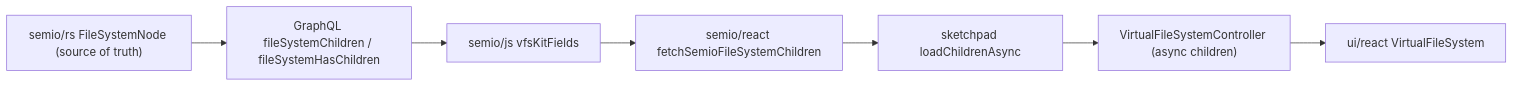
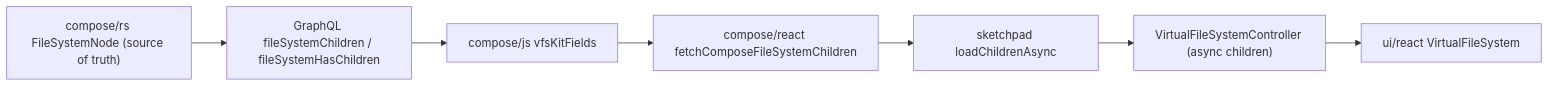
The diagram in .cursor/plans/full_virtual_file_system_b2678c72.plan.md (usalu/semio), drawn with Mermaid before and after one commit. The commit also changed other lines of this file and 7735 other files, not shown here.

````diff
--- a/.cursor/plans/full_virtual_file_system_b2678c72.plan.md
+++ b/.cursor/plans/full_virtual_file_system_b2678c72.plan.md
@@ -94,9 +94,9 @@
 ```mermaid
 flowchart LR
-  rs["semio/rs FileSystemNode (source of truth)"] --> gql["GraphQL fileSystemChildren / fileSystemHasChildren"]
-  gql --> js["semio/js vfsKitFields"]
-  js --> react["semio/react fetchSemioFileSystemChildren"]
+  rs["compose/rs FileSystemNode (source of truth)"] --> gql["GraphQL fileSystemChildren / fileSystemHasChildren"]
+  gql --> js["compose/js vfsKitFields"]
+  js --> react["compose/react fetchComposeFileSystemChildren"]
   react --> sk["sketchpad loadChildrenAsync"]
   sk --> ctrl["VirtualFileSystemController (async children)"]
   ctrl --> ui["ui/react VirtualFileSystem"]
 ```
````
